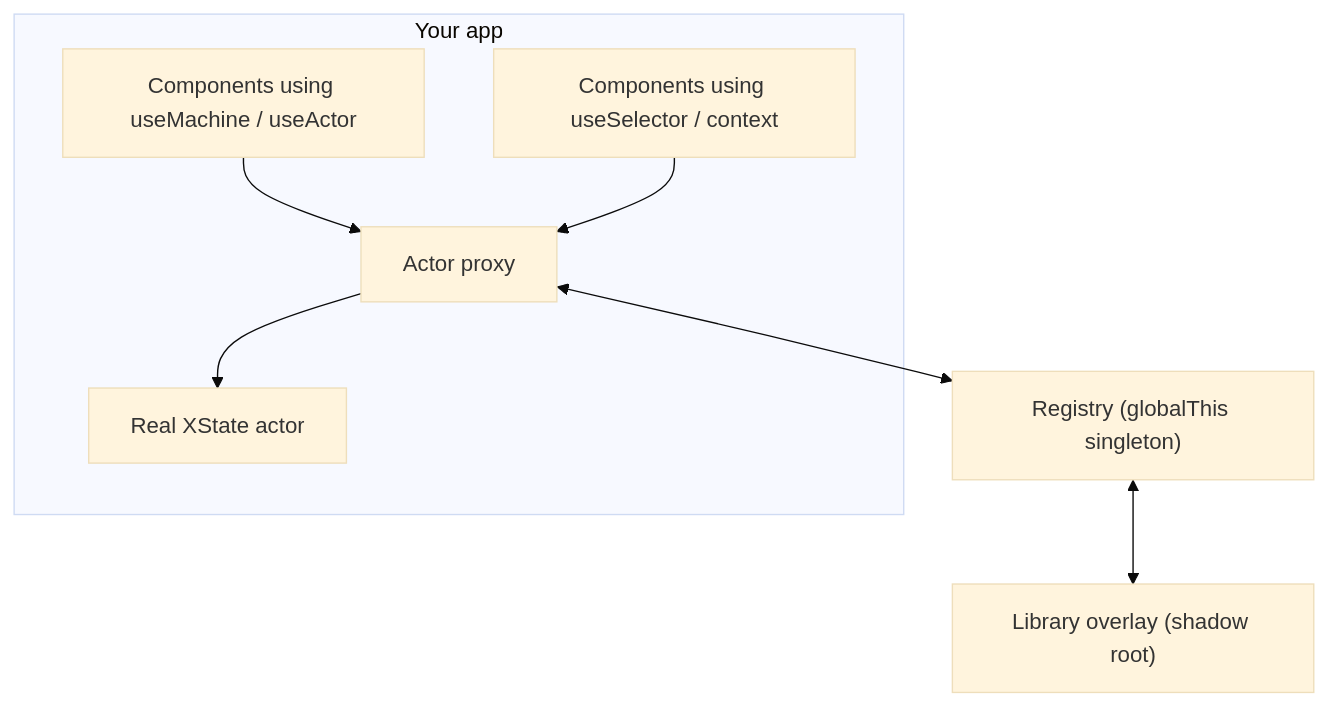
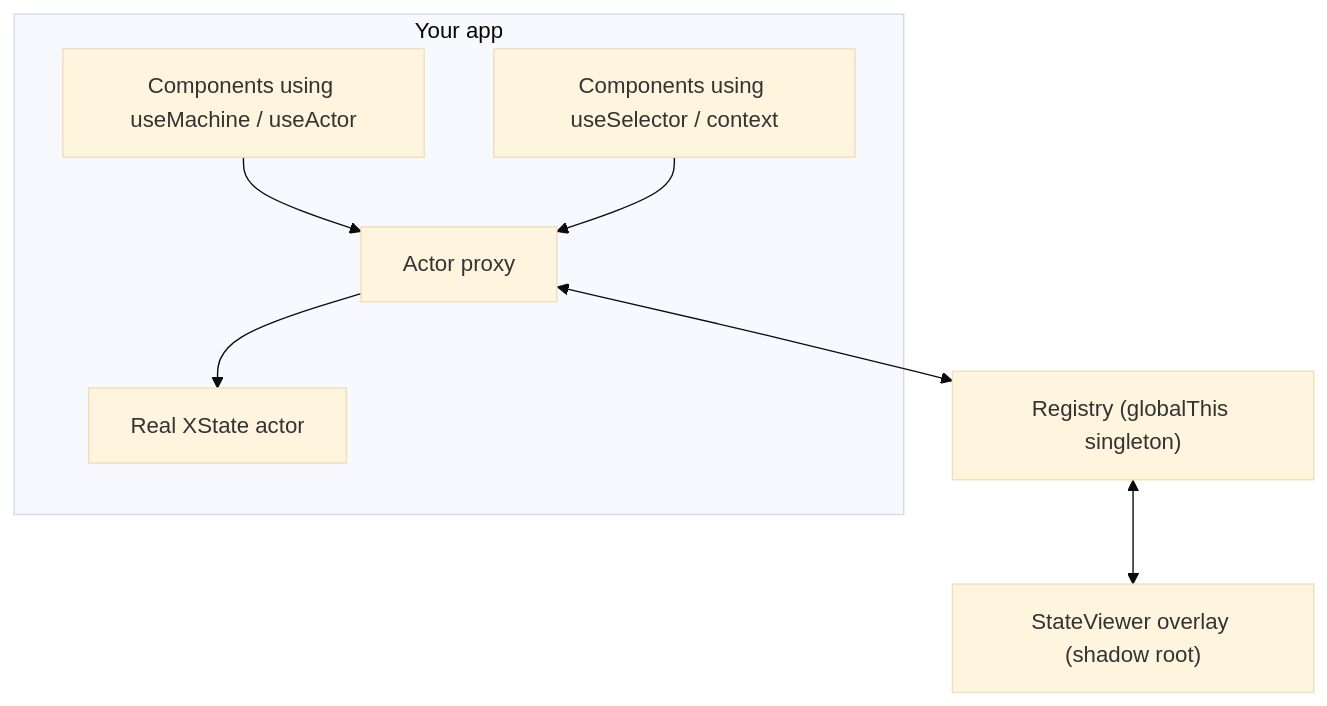
The first of 2 diagrams in specs/state-debugger-mvp-spec.md (Smintfy/kotick), drawn with Mermaid (base theme) before and after one commit. The commit also changed other lines of this file and 1 other file, not shown here.

First line of the commit message:
Rename spec to state-viewer and check off Milestone 0 setup

````diff
--- a/specs/state-debugger-mvp-spec.md
+++ b/specs/state-debugger-mvp-spec.md
@@ -157,10 +157,10 @@
 ```mermaid
 flowchart TD
   subgraph App["Your app"]
     C1["Components using useMachine / useActor"] --> PX["Actor proxy"]
     C2["Components using useSelector / context"] --> PX
     PX --> RA["Real XState actor"]
   end
   PX <--> REG["Registry (globalThis singleton)"]
-  REG <--> OV["Library overlay (shadow root)"]
+  REG <--> OV["StateViewer overlay (shadow root)"]
 ```
````
